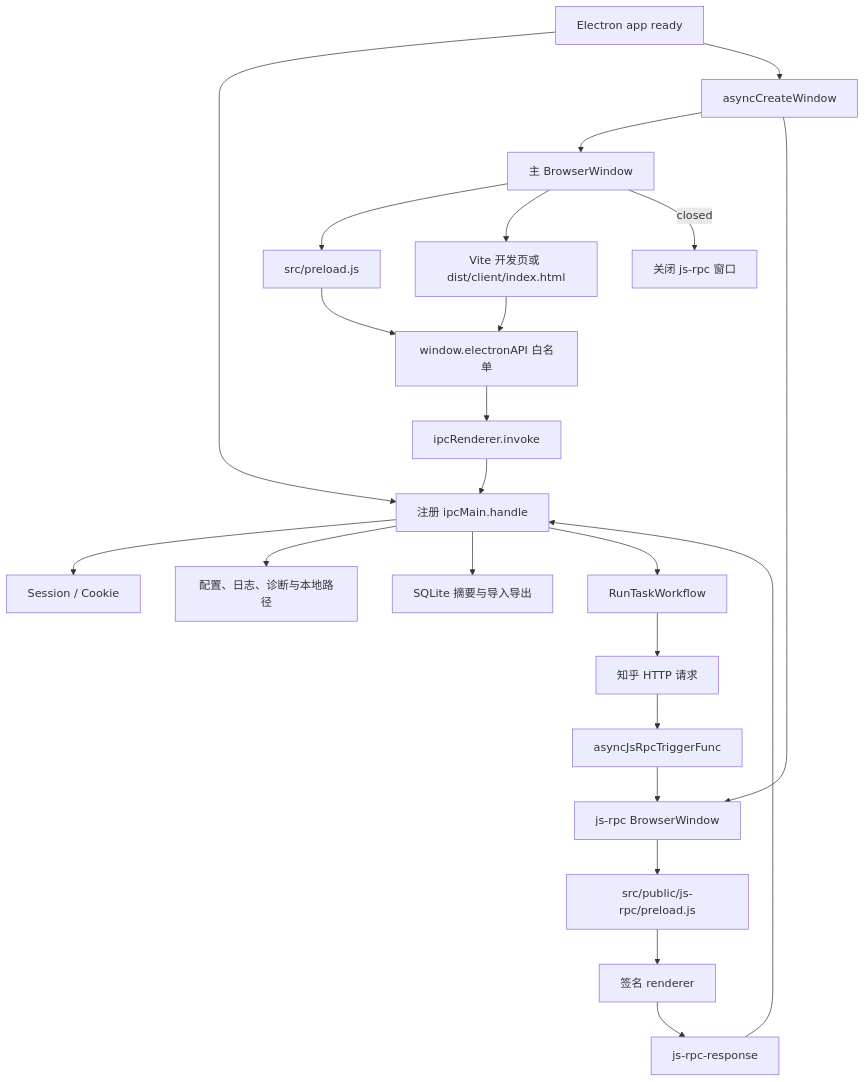
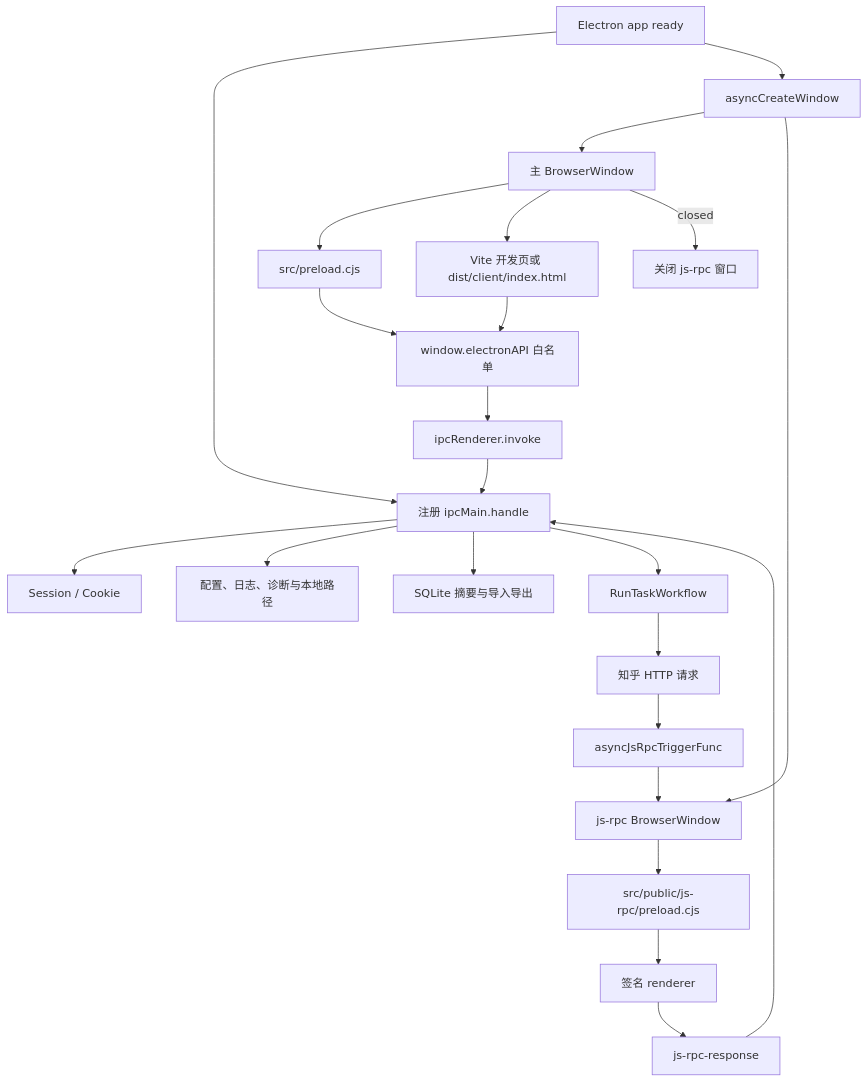
The first of 2 diagrams in doc/dev/frontend-electron-backend.md (YaoZeyuan/zhihuhelp), drawn with Mermaid before and after one commit. The commit also changed other lines of this file and 143 other files, not shown here.

````diff
--- a/doc/dev/frontend-electron-backend.md
+++ b/doc/dev/frontend-electron-backend.md
@@ -14,29 +16,29 @@
 ```mermaid
 flowchart TD
   Start["Electron app ready"] --> Register["注册 ipcMain.handle"]
   Start --> Create["asyncCreateWindow"]
   Create --> MainWindow["主 BrowserWindow"]
   Create --> RpcWindow["js-rpc BrowserWindow"]
 
-  MainWindow --> MainPreload["src/preload.js"]
+  MainWindow --> MainPreload["src/preload.cjs"]
   MainPreload --> API["window.electronAPI 白名单"]
   MainWindow --> UI["Vite 开发页或 dist/client/index.html"]
   UI --> API
   API --> Invoke["ipcRenderer.invoke"]
   Invoke --> Register
 
   Register --> Session["Session / Cookie"]
   Register --> FS["配置、日志、诊断与本地路径"]
   Register --> DB["SQLite 摘要与导入导出"]
   Register --> Workflow["RunTaskWorkflow"]
 
   Workflow --> HTTP["知乎 HTTP 请求"]
   HTTP --> Bridge["asyncJsRpcTriggerFunc"]
   Bridge --> RpcWindow
-  RpcWindow --> RpcPreload["src/public/js-rpc/preload.js"]
+  RpcWindow --> RpcPreload["src/public/js-rpc/preload.cjs"]
   RpcPreload --> Signer["签名 renderer"]
   Signer --> Response["js-rpc-response"]
   Response --> Register
 
   MainWindow -->|closed| CloseRpc["关闭 js-rpc 窗口"]
 ```
````
